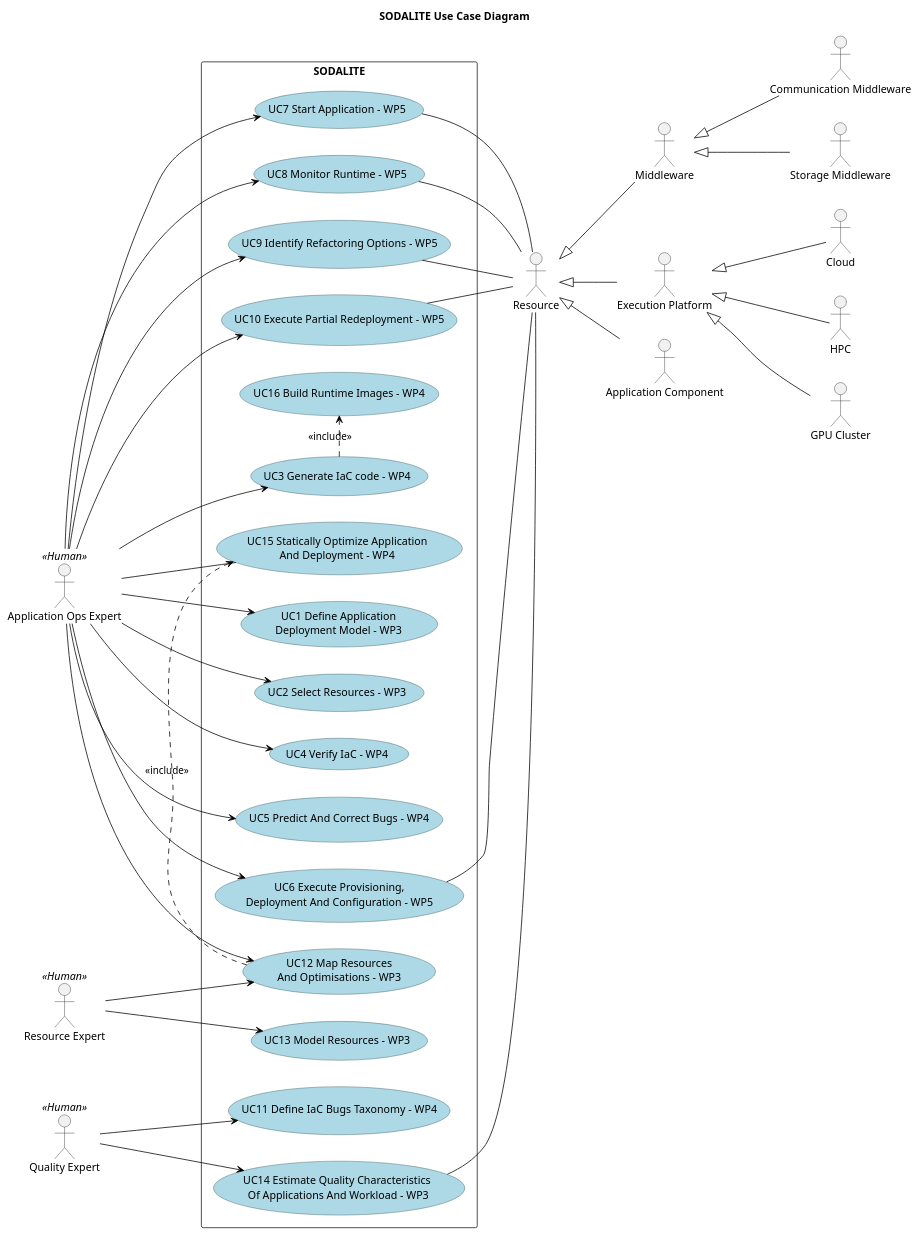
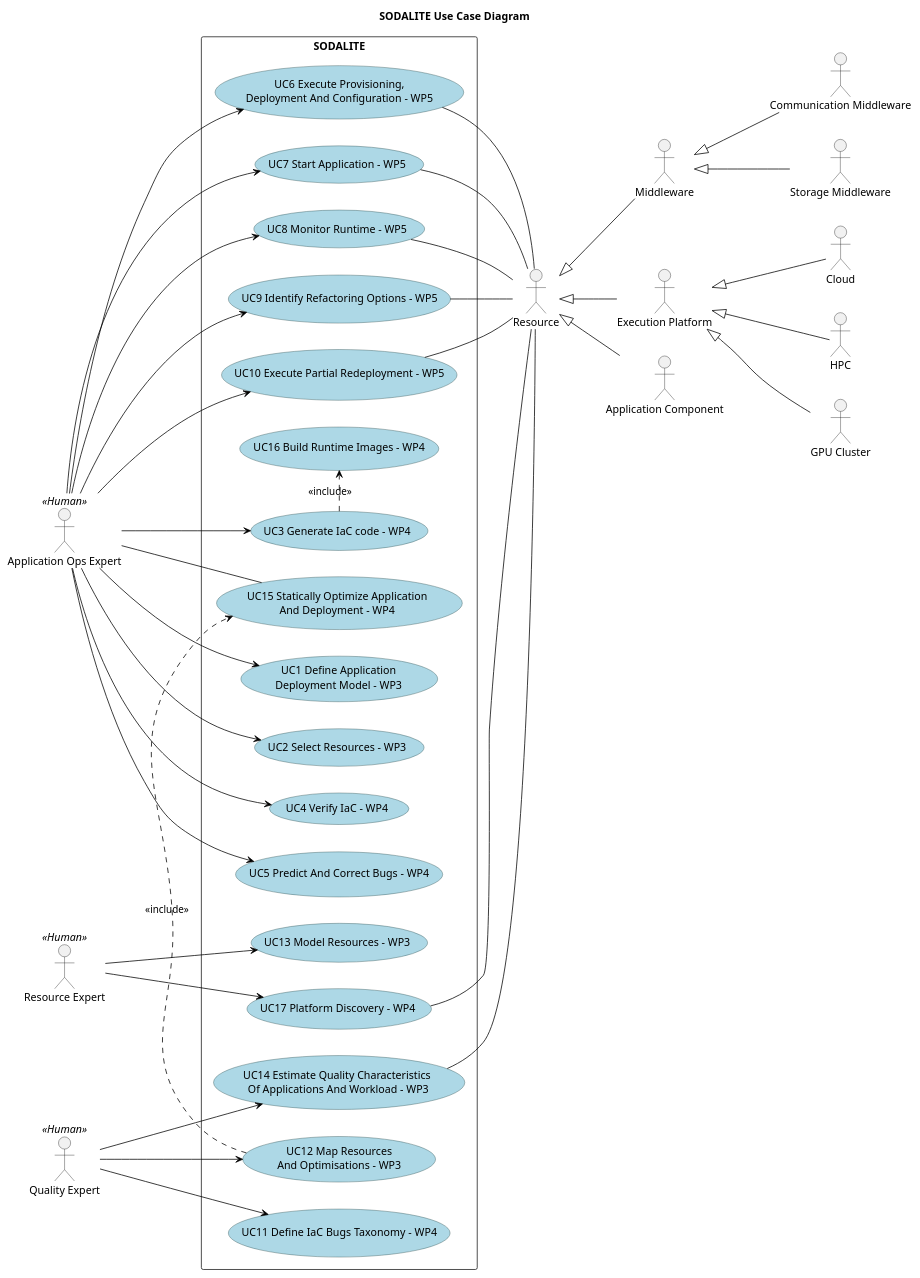
Before and after one commit to SODALITE-EU/project-wide-documentation: the diagram in uml/usecase-diagrams/UMLUseCases.puml, drawn with PlantUML.

Commit message:
Corrected UC12 (fromRE->QAE) and added UC17

```diff
--- a/uml/usecase-diagrams/UMLUseCases.puml
+++ b/uml/usecase-diagrams/UMLUseCases.puml
@@ -1,101 +1,103 @@
 @startuml 
 
 title SODALITE Use Case Diagram
 
 left to right direction
 
 skinparam usecase {
     BackgroundColor LightBlue
     BorderColor DarkSlateGray
 
     BackgroundColor<< Main >> YellowGreen
     BorderColor<< Main >> YellowGreen
 
     ArrowColor Black
     ActorBorderColor black
     ActorFontName Courier
 
     ActorBackgroundColor<< Human >> Gold
 }
 
 
 
 'Define use cases
 rectangle SODALITE {
     (UC1 Define Application\nDeployment Model - WP3) as (DefineApplicationDeploymentModelWP3)
     (UC2 Select Resources - WP3) as (SelectResourcesWP3)
     (UC3 Generate IaC code - WP4) as (GenerateIaCcodeWP4)
     (UC4 Verify IaC - WP4) as (VerifyIaCWP4)
     (UC5 Predict And Correct Bugs - WP4) as (PredictAndCorrectBugsWP4)
     (UC6 Execute Provisioning,\nDeployment And Configuration - WP5) as (ExecuteProvisioningDeploymentAndConfigurationWP5)
     (UC7 Start Application - WP5) as (StartApplicationWP5)
     (UC8 Monitor Runtime - WP5) as (MonitorRuntimeWP5)
     (UC9 Identify Refactoring Options - WP5) as (IdentifyRefactoringOptionsWP5)
     (UC10 Execute Partial Redeployment - WP5) as (ExecutePartialRedeploymentWP5)
     (UC11 Define IaC Bugs Taxonomy - WP4) as (DefineIaCBugsTaxonomyWP4)
     (UC12 Map Resources\nAnd Optimisations - WP3) as (MapResourcesAndOptimisationsWP3)
     (UC13 Model Resources - WP3) as (ModelResourcesWP3)
     (UC14 Estimate Quality Characteristics\n Of Applications And Workload - WP3) as (EstimateQualityCharacteristicsOfApplicationsAndWorkloadWP4)
     (UC15 Statically Optimize Application\nAnd Deployment - WP4) as (StaticallyOptimizeApplicationandDeploymentWP4)
     (UC16 Build Runtime Images - WP4) as (BuildRuntimeImagesWP4)
+    (UC17 Platform Discovery - WP4) as (PlatformDiscoveryWP4)
 }
 
 'Define user actors
 :Application Ops Expert: << Human >> as AppOpsExp
 :Resource Expert: << Human >>as ResourceExp
 :Quality Expert: << Human >>as QualityExp
 
 'Define resource actors
 :Resource: as Resource
 :Storage Middleware: as StorageMiddleware
 :Communication Middleware: as CommunicationMiddleware
 :Middleware: as Middleware
 :GPU Cluster: as GPUCluster
 :Cloud: as Cloud
 :HPC: as HPC
 :Execution Platform: as ExecPlatform
 :Application Component: as AppComponent
 
 'Define extension/generalization
 HPC -up-|> ExecPlatform
 Cloud -up-|> ExecPlatform
 GPUCluster -up-|> ExecPlatform
 
 CommunicationMiddleware -up-|> Middleware
 StorageMiddleware -up-|> Middleware
 
 AppComponent -up-|> Resource
 ExecPlatform -up-|> Resource
 Middleware -up-|> Resource
 
 'Definition of relations/actions
 AppOpsExp --> (DefineApplicationDeploymentModelWP3)
 AppOpsExp --> (SelectResourcesWP3)
 AppOpsExp --> (GenerateIaCcodeWP4)
 AppOpsExp --> (VerifyIaCWP4)
 AppOpsExp --> (PredictAndCorrectBugsWP4)
 AppOpsExp --> (ExecuteProvisioningDeploymentAndConfigurationWP5)
 AppOpsExp --> (StartApplicationWP5)
 AppOpsExp --> (MonitorRuntimeWP5)
 AppOpsExp --> (IdentifyRefactoringOptionsWP5)
 AppOpsExp --> (ExecutePartialRedeploymentWP5)
 AppOpsExp -- (StaticallyOptimizeApplicationandDeploymentWP4)
-AppOpsExp --> (MapResourcesAndOptimisationsWP3)
 (GenerateIaCcodeWP4) .> (BuildRuntimeImagesWP4): <<include>>
 
 QualityExp --> (DefineIaCBugsTaxonomyWP4)
 QualityExp --> (EstimateQualityCharacteristicsOfApplicationsAndWorkloadWP4)
+QualityExp --> (MapResourcesAndOptimisationsWP3)
 
-ResourceExp    --> (MapResourcesAndOptimisationsWP3)
 ResourceExp --> (ModelResourcesWP3)
+ResourceExp --> (PlatformDiscoveryWP4)
 
 (MapResourcesAndOptimisationsWP3) .> (StaticallyOptimizeApplicationandDeploymentWP4): <<include>>
 
 (ExecuteProvisioningDeploymentAndConfigurationWP5) -- Resource
 (MonitorRuntimeWP5) -- Resource
 (IdentifyRefactoringOptionsWP5) -- Resource
 (ExecutePartialRedeploymentWP5) -- Resource
 (EstimateQualityCharacteristicsOfApplicationsAndWorkloadWP4) -- Resource
 (StartApplicationWP5) -- Resource
+(PlatformDiscoveryWP4) -- Resource
 
 @enduml
```
